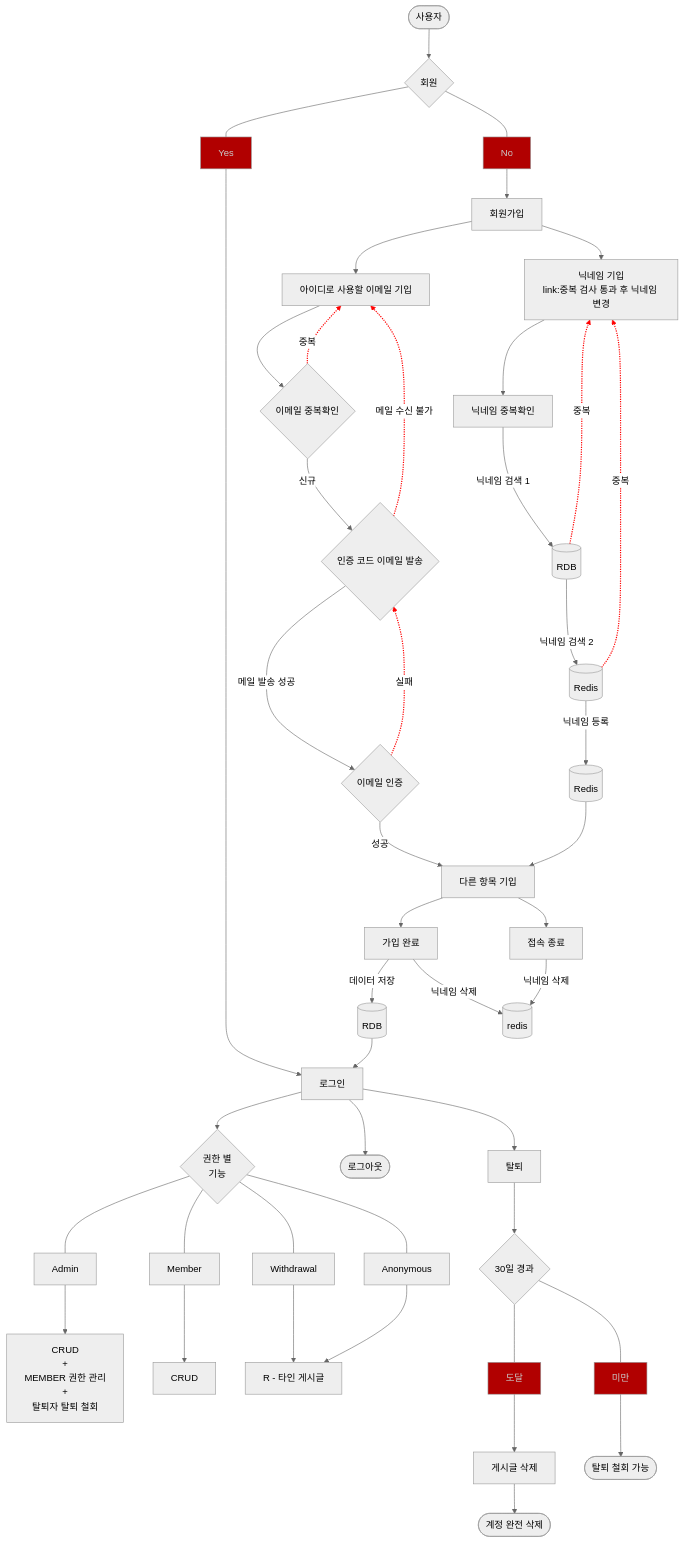
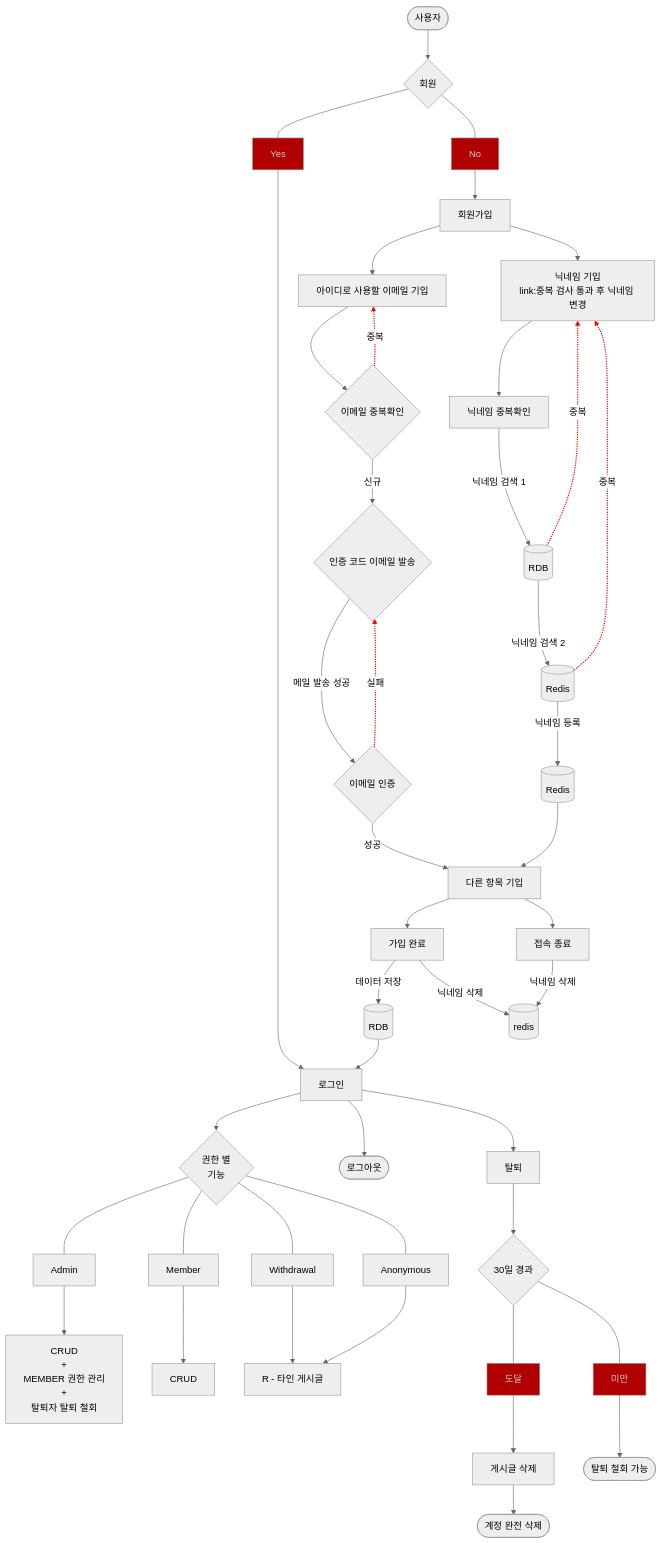
Before and after one commit to zhyun-project/simple-board-02: the diagram in docs/Flowchart - 회원.mermaid, drawn with Mermaid (neutral theme). The commit also changed 1 other file, not shown here.

Commit message:
docs : 회원 flowchart , 프로젝트 구조 변경 (#30)
회원 flowchart
    - 메일 수신 불가 체크 삭제

프로젝트 구조
    - entity 디렉터리 위치를 data 하위로 이동

issue key : SB2-7

```diff
--- a/docs/Flowchart - 회원.mermaid
+++ b/docs/Flowchart - 회원.mermaid
@@ -1,41 +1,40 @@
 flowchart TB
     classDef red color:#cbcdcc,fill:#b10000;
 
     A([사용자]) --> B{회원}
 
     B ---Yes:::red-----------> C[로그인]
     B ---No:::red--> D[회원가입] 
 
     D --> D1[아이디로 사용할 이메일 기입]
     D1 --> D11{이메일 중복확인}
     D11 -.->|중복| D1
     D11 -->|신규| D2{인증 코드 이메일 발송}
-    D2 -.->|메일 수신 불가| D1
     D2 --->|메일 발송 성공| D22{이메일 인증}
     D22 -.->|실패| D2
     D22 -->|성공| D4[다른 항목 기입]
 
 
     D --> D3[닉네임 기입<br>link:중복 검사 통과 후 닉네임 변경]
     D3 --> D33[닉네임 중복확인] -->|닉네임 검색 1| D34[(RDB)] -.->|중복| D3
     D34 -->|닉네임 검색 2| D35[(Redis)] -.->|중복| D3
     D35 -->|닉네임 등록| D6[(Redis)] --> D4
     D4 --> D5[가입 완료]
     D4 --> D8[접속 종료]
     D5 -->|데이터 저장| D9[(RDB)] --> C
     D5 & D8 -->|닉네임 삭제| D7[(redis)]
 
     C --> G{권한 별<br>기능}
     G ---Admin--> G1[CRUD<br>+<br>MEMBER 권한 관리<br>+<br>탈퇴자 탈퇴 철회]
     G ---Member--> G2[CRUD]
     G ---Withdrawal--> G3[R - 타인 게시글]
     G ---Anonymous--> G3[R - 타인 게시글]
     C --> E([로그아웃])
     C --> F[탈퇴] --> F1{30일 경과} 
     F1 ---도달:::red--> F2[게시글 삭제] --> F3([계정 완전 삭제])
     F1 ---미만:::red--> F4([탈퇴 철회 가능])
 
     click D3 "https://blog.zhyun.kim/415"
 
-    linkStyle 7,9,11 stroke-width:2px,fill:none,stroke:red;
-    linkStyle 16,18 stroke-width:2px,fill:none,stroke:red;
+    linkStyle 7,10 stroke-width:2px,fill:none,stroke:red;
+    linkStyle 15,17 stroke-width:2px,fill:none,stroke:red;
```
